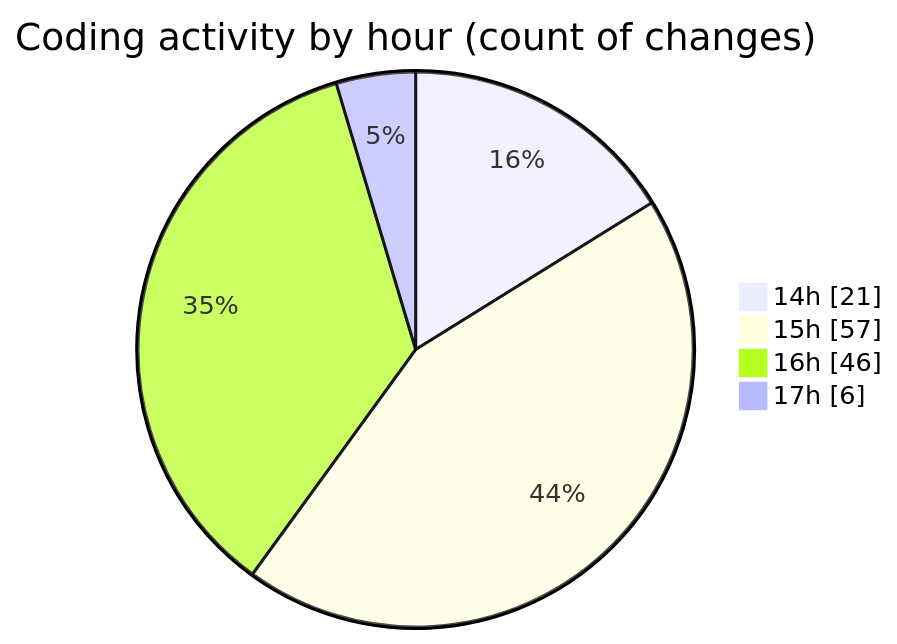
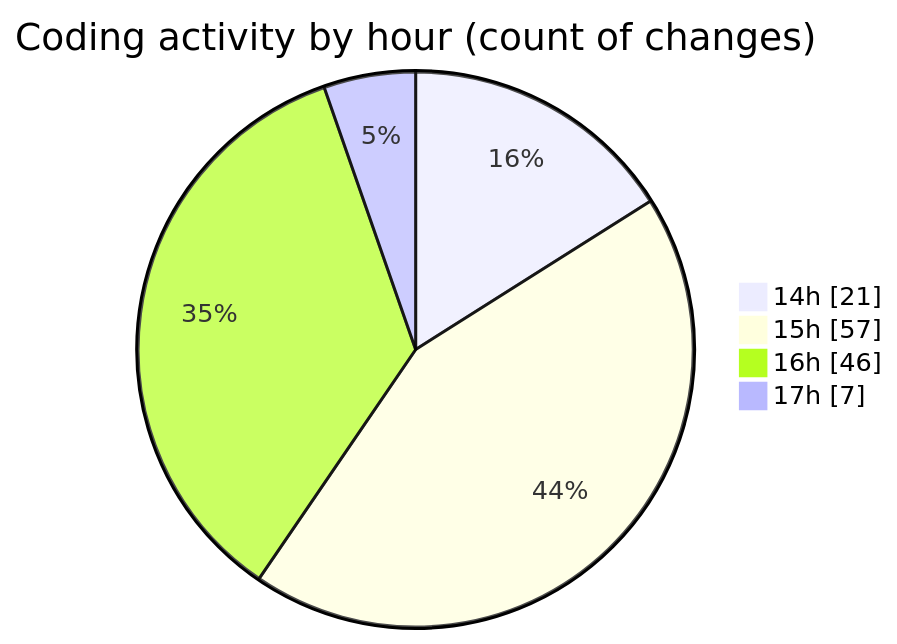
The second of 2 diagrams in 2025-05-24/projects/README.md (Ritupan-Deka/code-tracking), drawn with Mermaid before and after one commit. The commit also changed other lines of this file and 1 other file, not shown here.

````diff
--- a/2025-05-24/projects/README.md
+++ b/2025-05-24/projects/README.md
@@ -35,8 +35,8 @@
 ```mermaid
 pie showData
 title Coding activity by hour (count of changes)
 "14h" : 21
 "15h" : 57
 "16h" : 46
-"17h" : 6
+"17h" : 7
 ```
````
